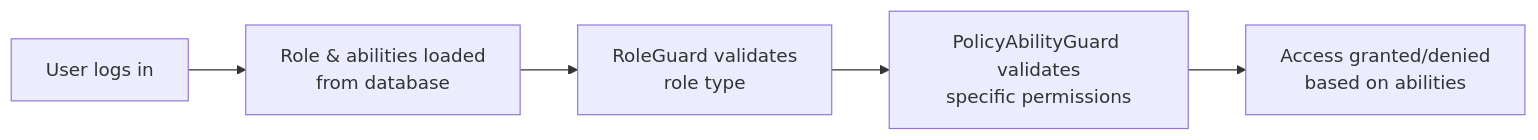
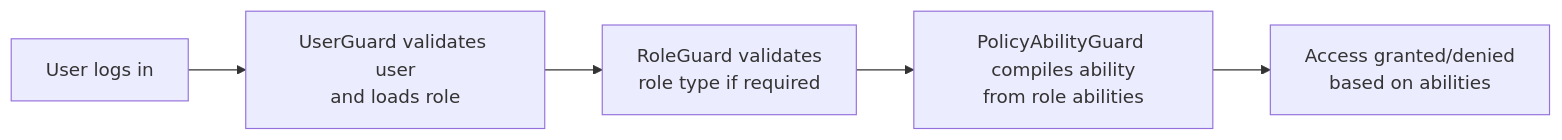
The fifth of 5 diagrams in docs/authorization.md (andrechristikan/ack-nestjs-boilerplate), drawn with Mermaid before and after one commit. The commit also changed other lines of this file, not shown here.

First line of the commit message:
doc(authorization): update `RoleGuard` and `PolicyAbilityGuard` documentation

````diff
--- a/docs/authorization.md
+++ b/docs/authorization.md
@@ -604,7 +694,7 @@
 ```mermaid
 flowchart LR
-    User[User logs in] --> LoadRole[Role & abilities loaded<br/>from database]
-    LoadRole --> RoleGuard[RoleGuard validates<br/>role type]
-    RoleGuard --> PolicyGuard[PolicyAbilityGuard validates<br/>specific permissions]
+    User[User logs in] --> UserGuard[UserGuard validates user<br/>and loads role]
+    UserGuard --> RoleGuard[RoleGuard validates<br/>role type if required]
+    RoleGuard --> PolicyGuard[PolicyAbilityGuard compiles ability<br/>from role abilities]
     PolicyGuard --> Access[Access granted/denied<br/>based on abilities]
 ```
````
